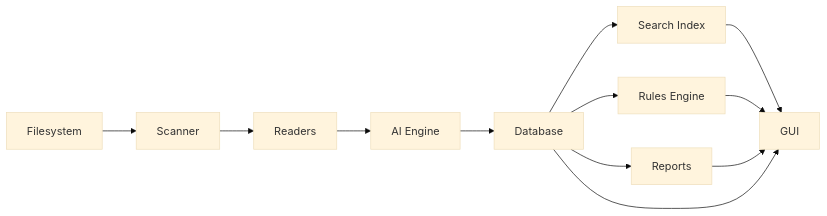
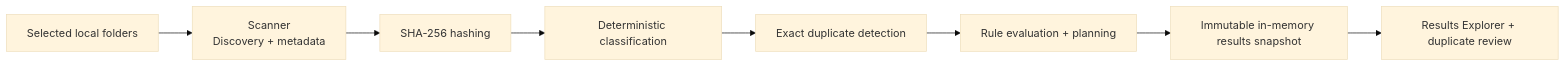
Before and after one commit to nishdel/OpenSorSe: the diagram in docs/Architecture/00_System/04_Data_Flow.md, drawn with Mermaid (base theme). The commit also changed other lines of this file and 22 other files, not shown here.

````diff
--- a/docs/Architecture/00_System/04_Data_Flow.md
+++ b/docs/Architecture/00_System/04_Data_Flow.md
@@ -21,35 +9,10 @@
 ```mermaid
 flowchart LR
-
-Filesystem["Filesystem"]
-
-Scanner["Scanner"]
-
-Readers["Readers"]
-
-AI["AI Engine"]
-
-Database["Database"]
-
-Search["Search Index"]
-
-Rules["Rules Engine"]
-
-Reports["Reports"]
-
-GUI["GUI"]
-
-Filesystem --> Scanner
-Scanner --> Readers
-Readers --> AI
-AI --> Database
-
-Database --> Search
-Database --> Rules
-Database --> Reports
-
-Search --> GUI
-Rules --> GUI
-Reports --> GUI
-Database --> GUI
+    User["Selected local folders"] --> Scan["Scanner\nDiscovery + metadata"]
+    Scan --> Hash["SHA-256 hashing"]
+    Hash --> Classify["Deterministic classification"]
+    Classify --> Duplicates["Exact duplicate detection"]
+    Duplicates --> Rules["Rule evaluation + planning"]
+    Rules --> Snapshot["Immutable in-memory results snapshot"]
+    Snapshot --> Explorer["Results Explorer + duplicate review"]
 ```
````
